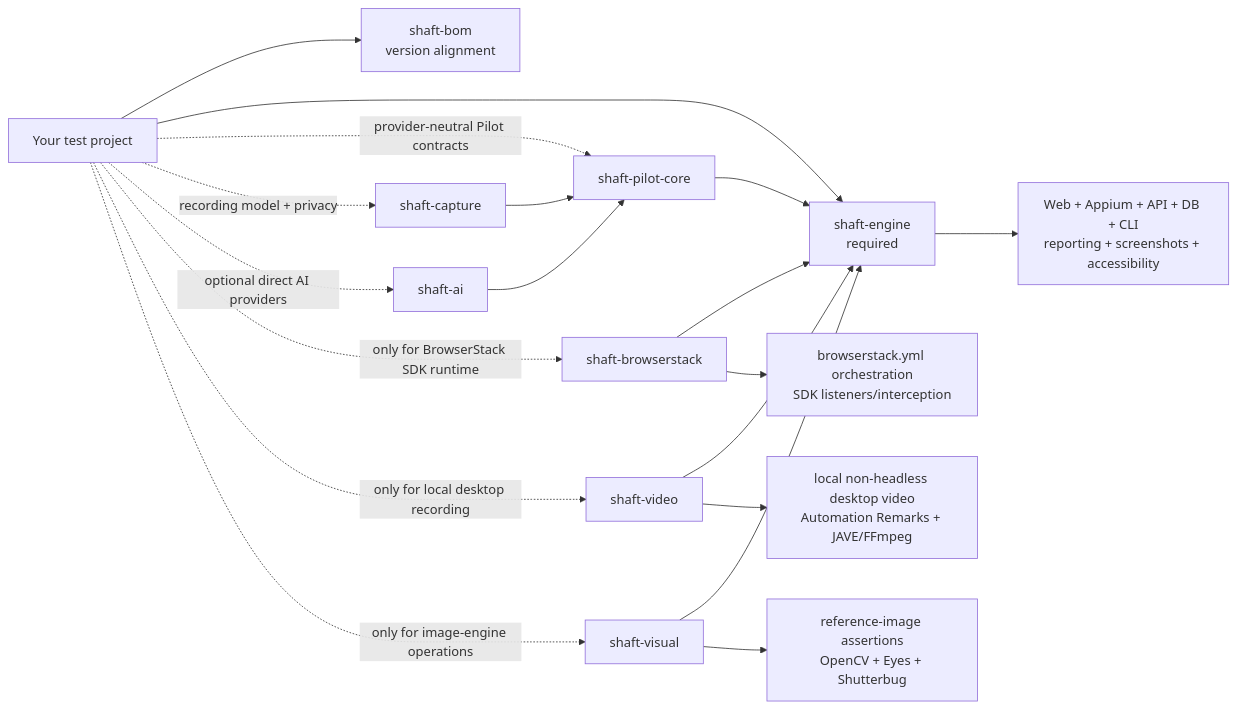
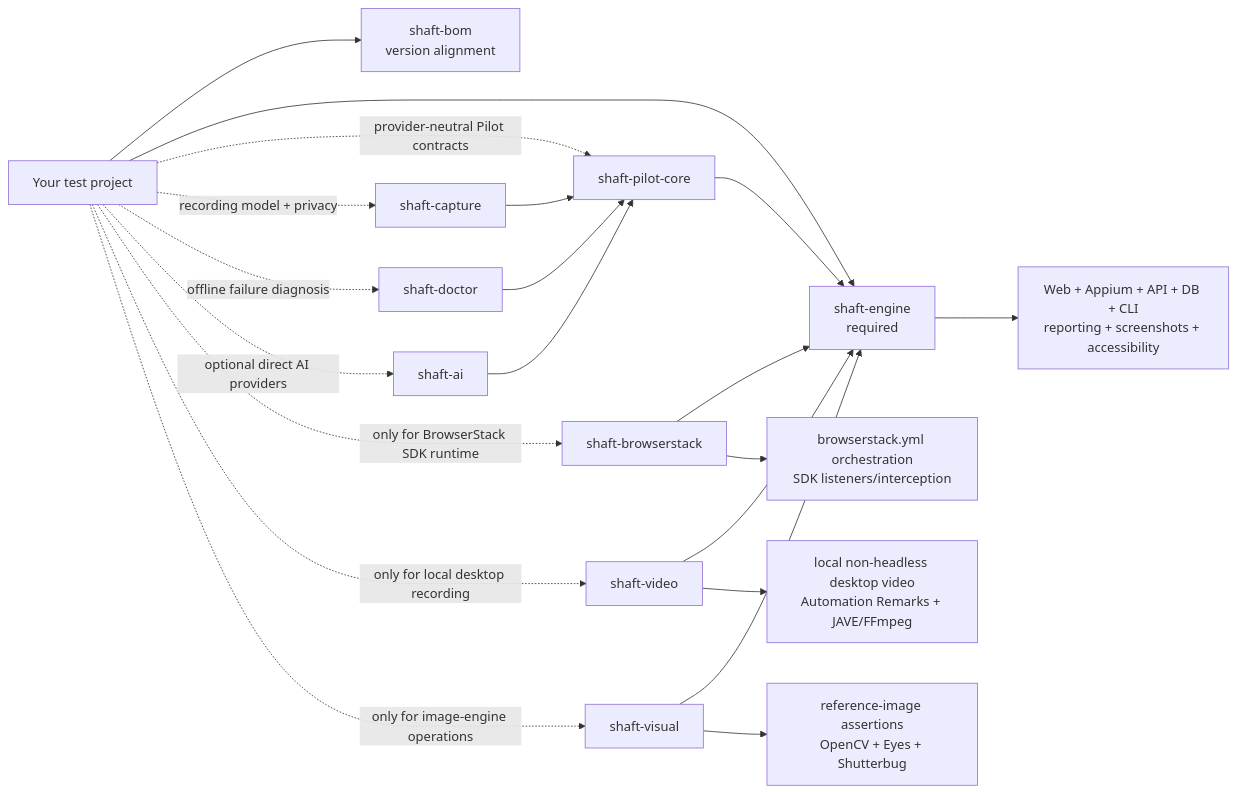
Before and after one commit to ShaftHQ/SHAFT_ENGINE: the fourth of 4 diagrams in docs/UPGRADING_TO_MODULAR_SHAFT.md, drawn with Mermaid. The commit also changed other lines of this file and 61 other files, not shown here.

First line of the commit message:
[codex] Add deterministic SHAFT Doctor analysis (#2871)

````diff
--- a/docs/UPGRADING_TO_MODULAR_SHAFT.md
+++ b/docs/UPGRADING_TO_MODULAR_SHAFT.md
@@ -411,23 +411,25 @@
 ```mermaid
 flowchart LR
     Project["Your test project"] --> BOM["shaft-bom<br/>version alignment"]
     Project --> Engine["shaft-engine<br/>required"]
     Project -.->|"provider-neutral Pilot contracts"| PilotCore["shaft-pilot-core"]
     Project -.->|"recording model + privacy"| Capture["shaft-capture"]
+    Project -.->|"offline failure diagnosis"| Doctor["shaft-doctor"]
     Project -.->|"optional direct AI providers"| AI["shaft-ai"]
     Project -.->|"only for BrowserStack SDK runtime"| BrowserStack["shaft-browserstack"]
     Project -.->|"only for local desktop recording"| Video["shaft-video"]
     Project -.->|"only for image-engine operations"| Visual["shaft-visual"]
 
     BrowserStack --> Engine
     Video --> Engine
     Visual --> Engine
     PilotCore --> Engine
     Capture --> PilotCore
+    Doctor --> PilotCore
     AI --> PilotCore
 
     Engine --> Core["Web + Appium + API + DB + CLI<br/>reporting + screenshots + accessibility"]
     BrowserStack --> SDK["browserstack.yml orchestration<br/>SDK listeners/interception"]
     Video --> Desktop["local non-headless desktop video<br/>Automation Remarks + JAVE/FFmpeg"]
     Visual --> CV["reference-image assertions<br/>OpenCV + Eyes + Shutterbug"]
 ```
````
